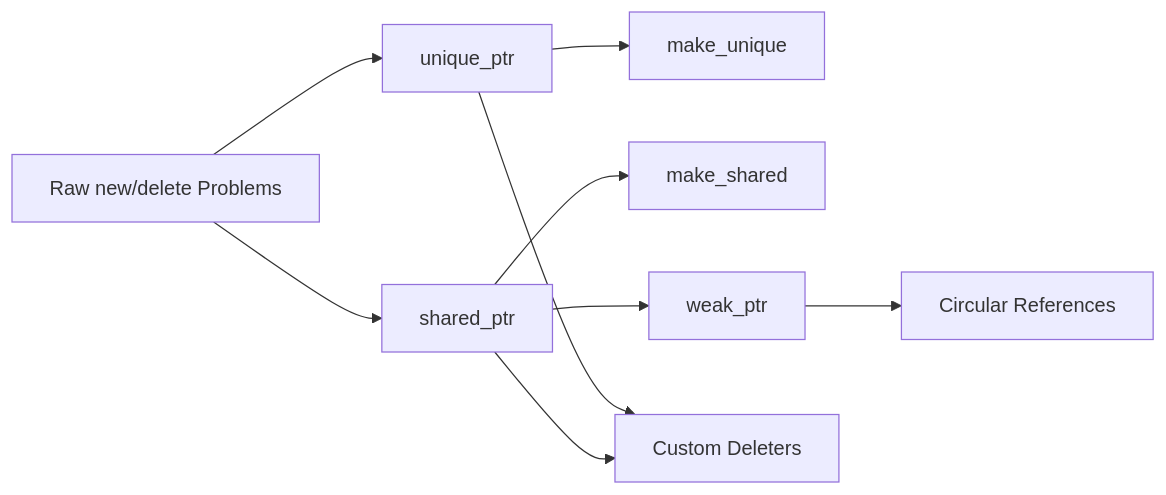
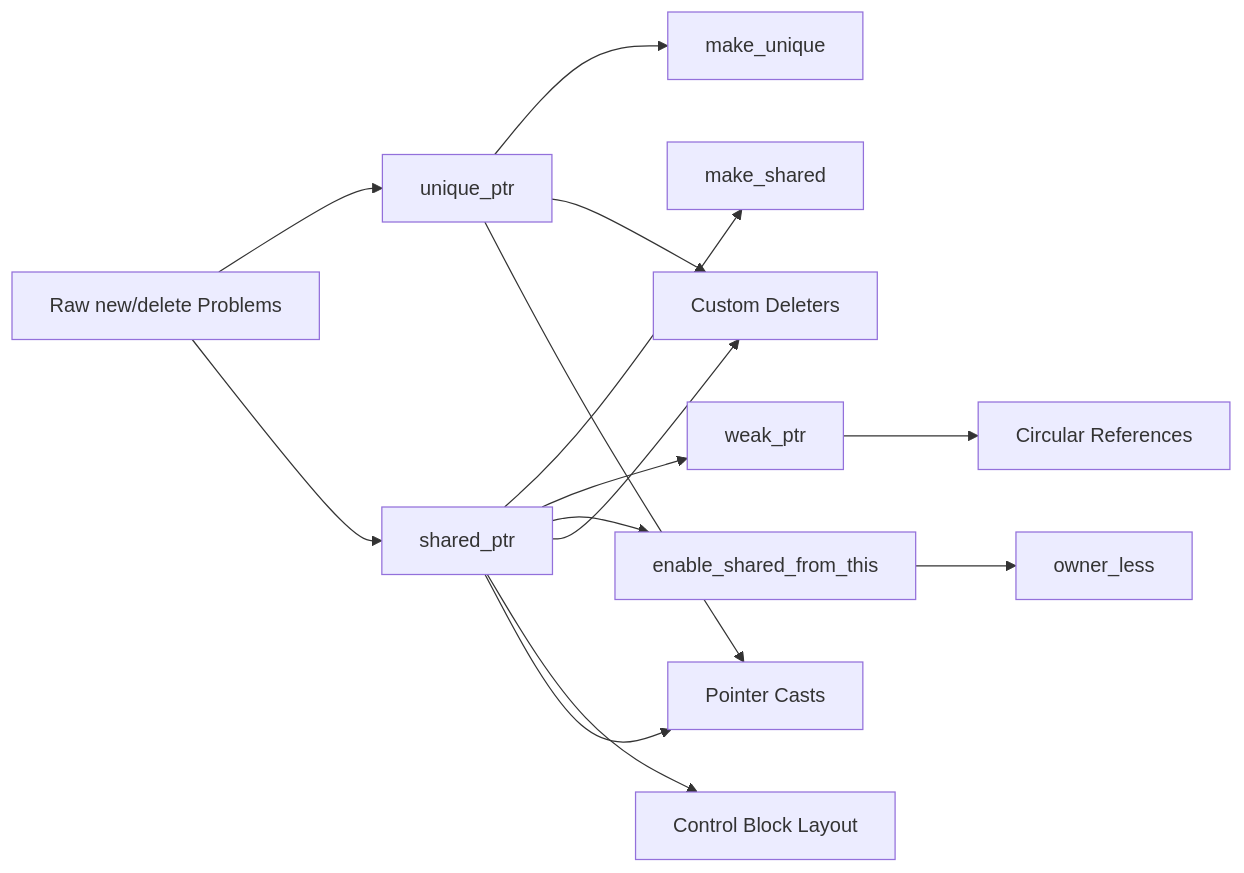
Before and after one commit to Raushan666java/ai-engineering-journey: the diagram in docs/courses/oop-cpp/12-smart-pointers.md, drawn with Mermaid. The commit also changed other lines of this file and 15 other files, not shown here.

````diff
--- a/docs/courses/oop-cpp/12-smart-pointers.md
+++ b/docs/courses/oop-cpp/12-smart-pointers.md
@@ -28,11 +35,16 @@
 ```mermaid
 flowchart LR
     A[Raw new/delete Problems] --> B[unique_ptr]
     A --> C[shared_ptr]
     B --> D[make_unique]
     C --> E[make_shared]
     C --> F[weak_ptr]
     F --> G[Circular References]
-    B --> H[Custom Deleters]
-    C --> H
+    C --> H[enable_shared_from_this]
+    B --> I[Custom Deleters]
+    C --> I
+    C --> J[Control Block Layout]
+    H --> K[owner_less]
+    C --> L[Pointer Casts]
+    B --> L
 ```
````
